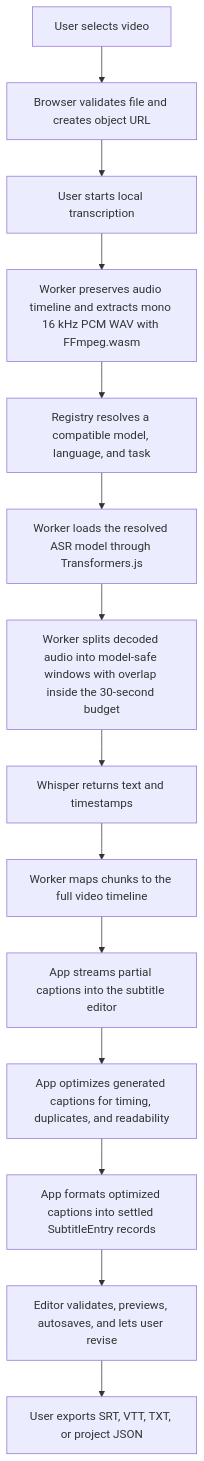
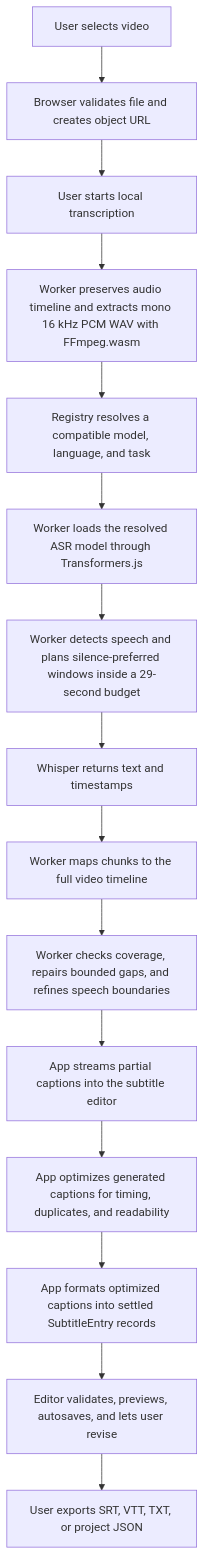
Before and after one commit to zxyandreay/auto-subtitle: diagram 18 of 18 in docs/project-state.md, drawn with Mermaid. The commit also changed other lines of this file and 27 other files, not shown here.

````diff
--- a/docs/project-state.md
+++ b/docs/project-state.md
@@ -1385,16 +1426,17 @@
 ```mermaid
 flowchart TD
     A["User selects video"] --> B["Browser validates file and creates object URL"]
     B --> C["User starts local transcription"]
     C --> D["Worker preserves audio timeline and extracts mono 16 kHz PCM WAV with FFmpeg.wasm"]
     D --> R["Registry resolves a compatible model, language, and task"]
     R --> E["Worker loads the resolved ASR model through Transformers.js"]
-    E --> F["Worker splits decoded audio into model-safe windows with overlap inside the 30-second budget"]
+    E --> F["Worker detects speech and plans silence-preferred windows inside a 29-second budget"]
     F --> G["Whisper returns text and timestamps"]
     G --> H["Worker maps chunks to the full video timeline"]
-    H --> P["App streams partial captions into the subtitle editor"]
+    H --> COV["Worker checks coverage, repairs bounded gaps, and refines speech boundaries"]
+    COV --> P["App streams partial captions into the subtitle editor"]
     P --> I["App optimizes generated captions for timing, duplicates, and readability"]
     I --> L["App formats optimized captions into settled SubtitleEntry records"]
     L --> J["Editor validates, previews, autosaves, and lets user revise"]
     J --> K["User exports SRT, VTT, TXT, or project JSON"]
 ```
````
